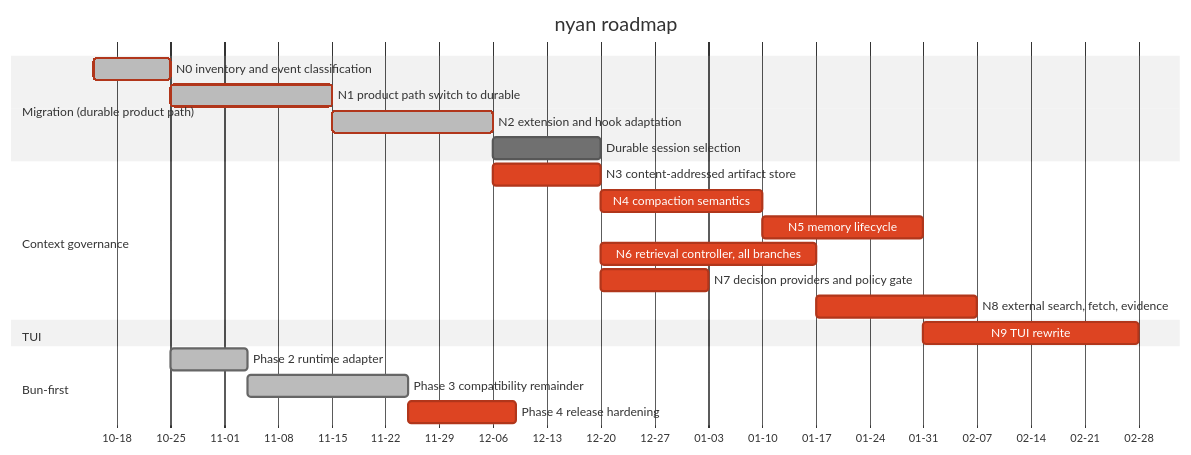
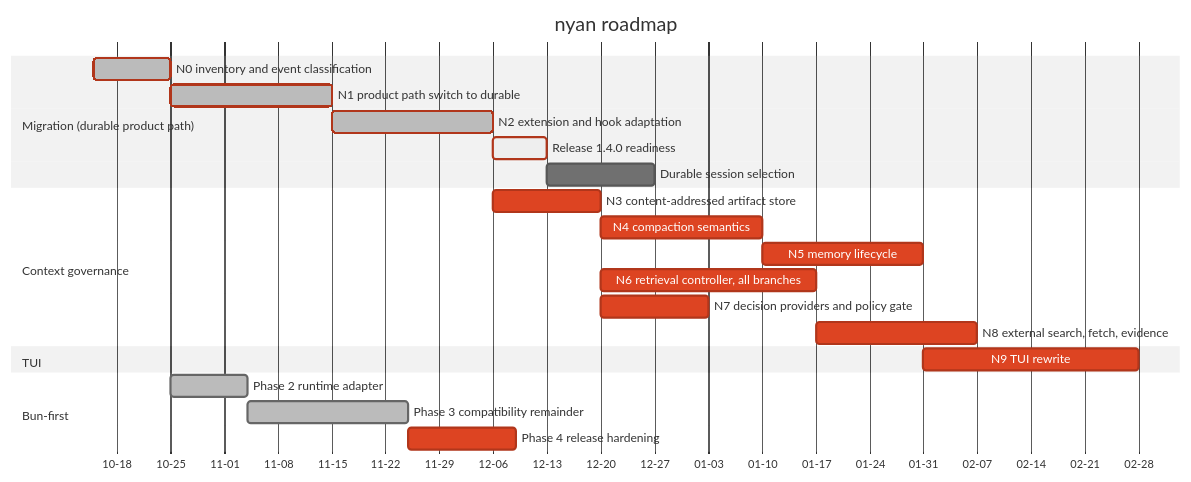
Before and after one commit to blxzer77/nyan: the diagram in ROADMAP.md, drawn with Mermaid (neutral theme). The commit also changed other lines of this file, not shown here.

Commit message:
docs: open the 1.4.0 readiness line and record Decisions #32 and #33

````diff
--- a/ROADMAP.md
+++ b/ROADMAP.md
@@ -13,28 +13,29 @@
 ```mermaid
 gantt
     title nyan roadmap
     dateFormat YYYY-MM-DD
     axisFormat %m-%d
 
     section Migration (durable product path)
     N0 inventory and event classification :done, crit, n0, 2026-10-15, 10d
     N1 product path switch to durable :done, crit, n1, after n0, 21d
     N2 extension and hook adaptation :done, crit, n2, after n1, 21d
-    Durable session selection :n2s, after n2, 14d
+    Release 1.4.0 readiness :active, crit, r14, after n2, 7d
+    Durable session selection :n2s, after r14, 14d
 
     section Context governance
     N3 content-addressed artifact store :crit, n3, after n2, 14d
     N4 compaction semantics :crit, n4, after n3, 21d
     N5 memory lifecycle :crit, n5, after n4, 21d
     N6 retrieval controller, all branches :crit, n6, after n3, 28d
     N7 decision providers and policy gate :crit, n7, after n3, 14d
     N8 external search, fetch, evidence :crit, n8, after n6, 21d
 
     section TUI
     N9 TUI rewrite :crit, n9, after n5, 28d
 
     section Bun-first
     Phase 2 runtime adapter :done, bun2, after n0, 10d
     Phase 3 compatibility remainder :done, bun3, after bun2, 21d
     Phase 4 release hardening :crit, bun4, after bun3, 14d
 ```
````
